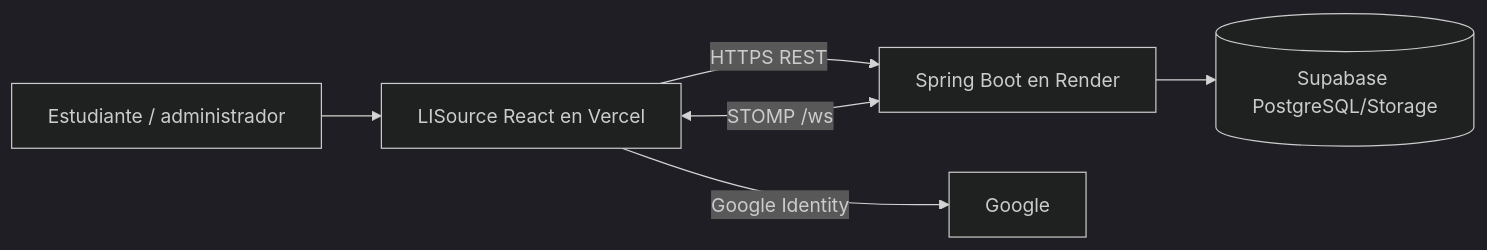
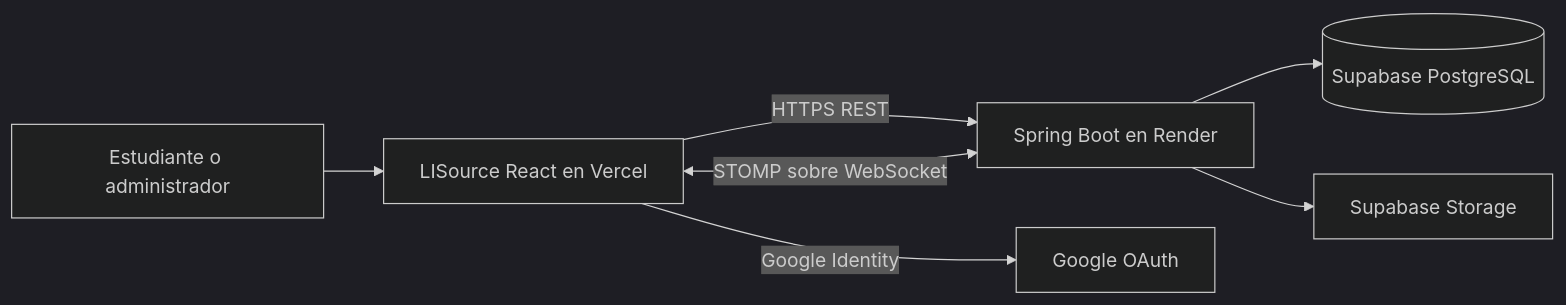
Before and after one commit to lisudea/technical-test-2026-2: the first of 9 diagrams in lisource-frontend/docs/02-arquitectura-frontend.md, drawn with Mermaid (dark theme). The commit also changed other lines of this file and 8 other files, not shown here.

````diff
--- a/lisource-frontend/docs/02-arquitectura-frontend.md
+++ b/lisource-frontend/docs/02-arquitectura-frontend.md
@@ -7,8 +7,9 @@
 ```mermaid
 flowchart LR
-  Person[Estudiante / administrador] --> App[LISource React en Vercel]
+  Person[Estudiante o administrador] --> App[LISource React en Vercel]
   App -->|HTTPS REST| API[Spring Boot en Render]
-  App <-->|STOMP /ws| API
-  App -->|Google Identity| Google[Google]
-  API --> DB[(Supabase PostgreSQL/Storage)]
+  App <-->|STOMP sobre WebSocket| API
+  App -->|Google Identity| Google[Google OAuth]
+  API --> DB[(Supabase PostgreSQL)]
+  API --> Storage[Supabase Storage]
 ```
````
